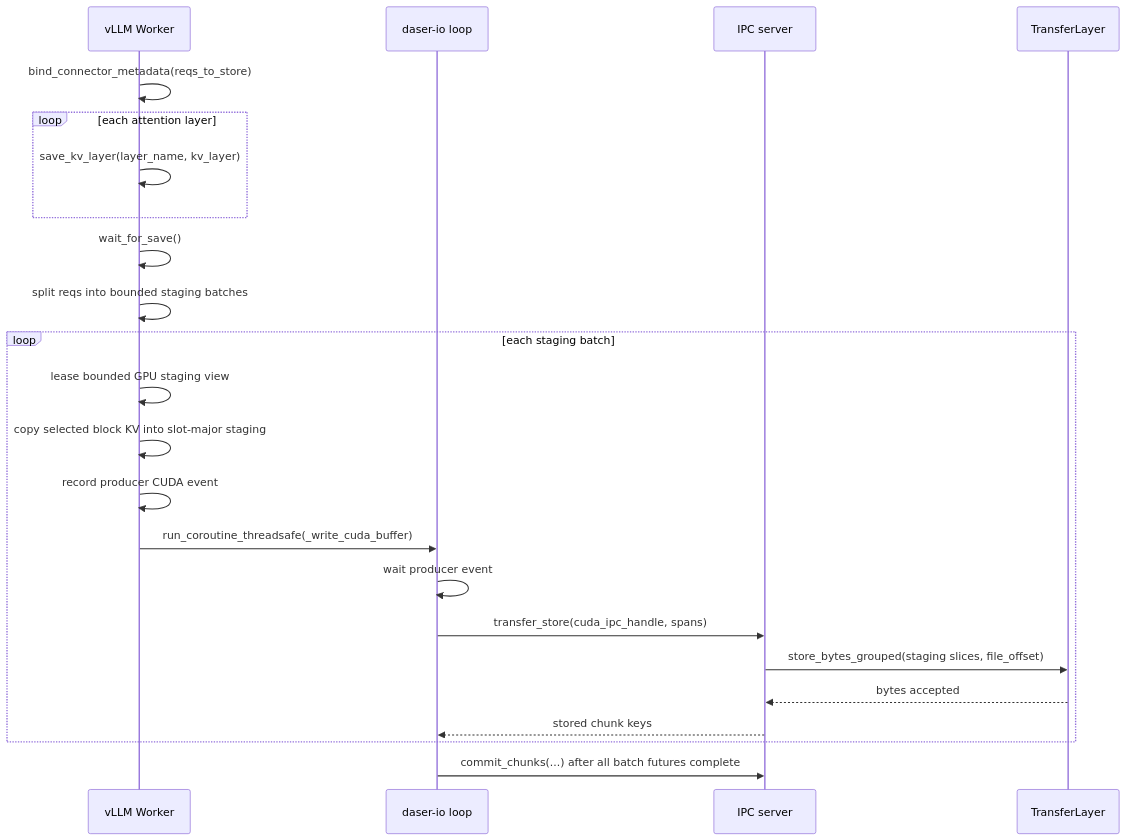
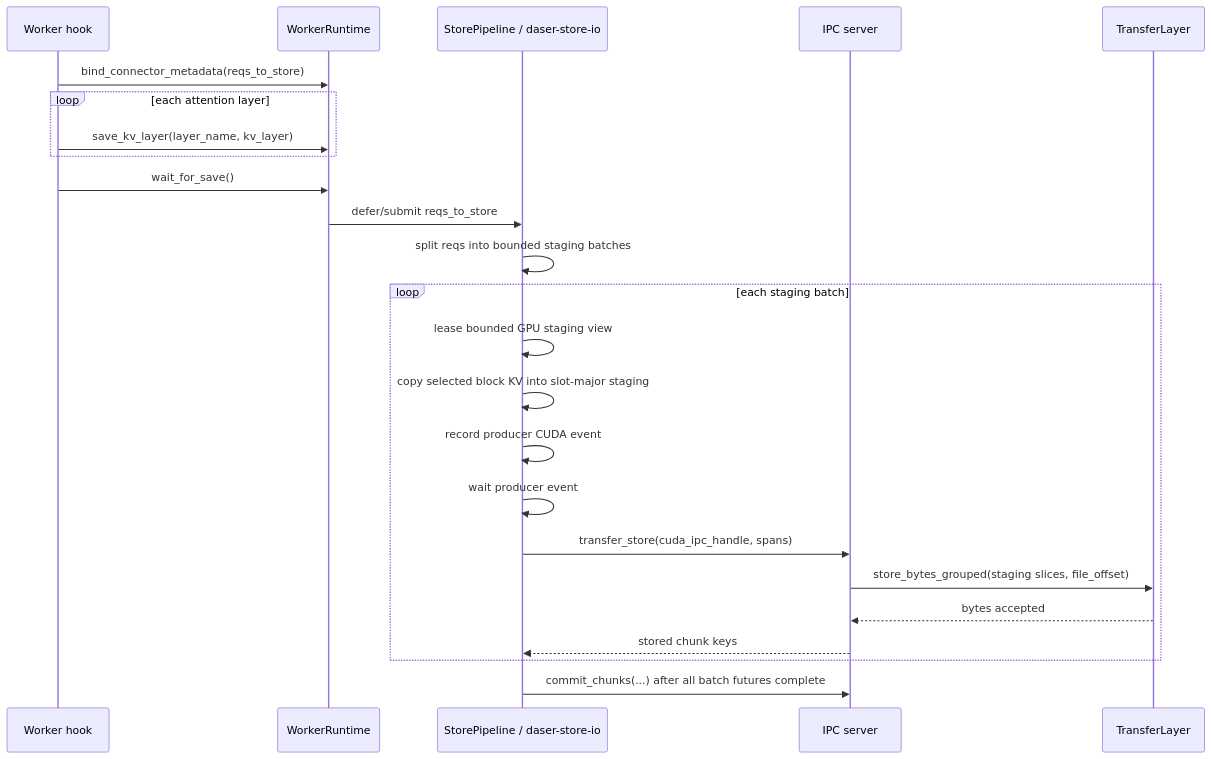
Before and after one commit to GentleCold/DaseR: the fourth of 8 diagrams in docs/design/flows.md, drawn with Mermaid. The commit also changed other lines of this file and 33 other files, not shown here.

First line of the commit message:
refactor(connector): restore pipeline behavior and boundaries (#92)

````diff
--- a/docs/design/flows.md
+++ b/docs/design/flows.md
@@ -102,26 +104,27 @@
 ```mermaid
 sequenceDiagram
-    participant W as vLLM Worker
-    participant BG as daser-io loop
+    participant W as Worker hook
+    participant WR as WorkerRuntime
+    participant BG as StorePipeline / daser-store-io
     participant IPC as IPC server
     participant TL as TransferLayer
 
-    W->>W: bind_connector_metadata(reqs_to_store)
+    W->>WR: bind_connector_metadata(reqs_to_store)
     loop each attention layer
-        W->>W: save_kv_layer(layer_name, kv_layer)
+        W->>WR: save_kv_layer(layer_name, kv_layer)
     end
-    W->>W: wait_for_save()
-    W->>W: split reqs into bounded staging batches
+    W->>WR: wait_for_save()
+    WR->>BG: defer/submit reqs_to_store
+    BG->>BG: split reqs into bounded staging batches
     loop each staging batch
-        W->>W: lease bounded GPU staging view
-        W->>W: copy selected block KV into slot-major staging
-        W->>W: record producer CUDA event
-        W->>BG: run_coroutine_threadsafe(_write_cuda_buffer)
+        BG->>BG: lease bounded GPU staging view
+        BG->>BG: copy selected block KV into slot-major staging
+        BG->>BG: record producer CUDA event
         BG->>BG: wait producer event
         BG->>IPC: transfer_store(cuda_ipc_handle, spans)
         IPC->>TL: store_bytes_grouped(staging slices, file_offset)
         TL-->>IPC: bytes accepted
         IPC-->>BG: stored chunk keys
     end
     BG->>IPC: commit_chunks(...) after all batch futures complete
 ```
````
